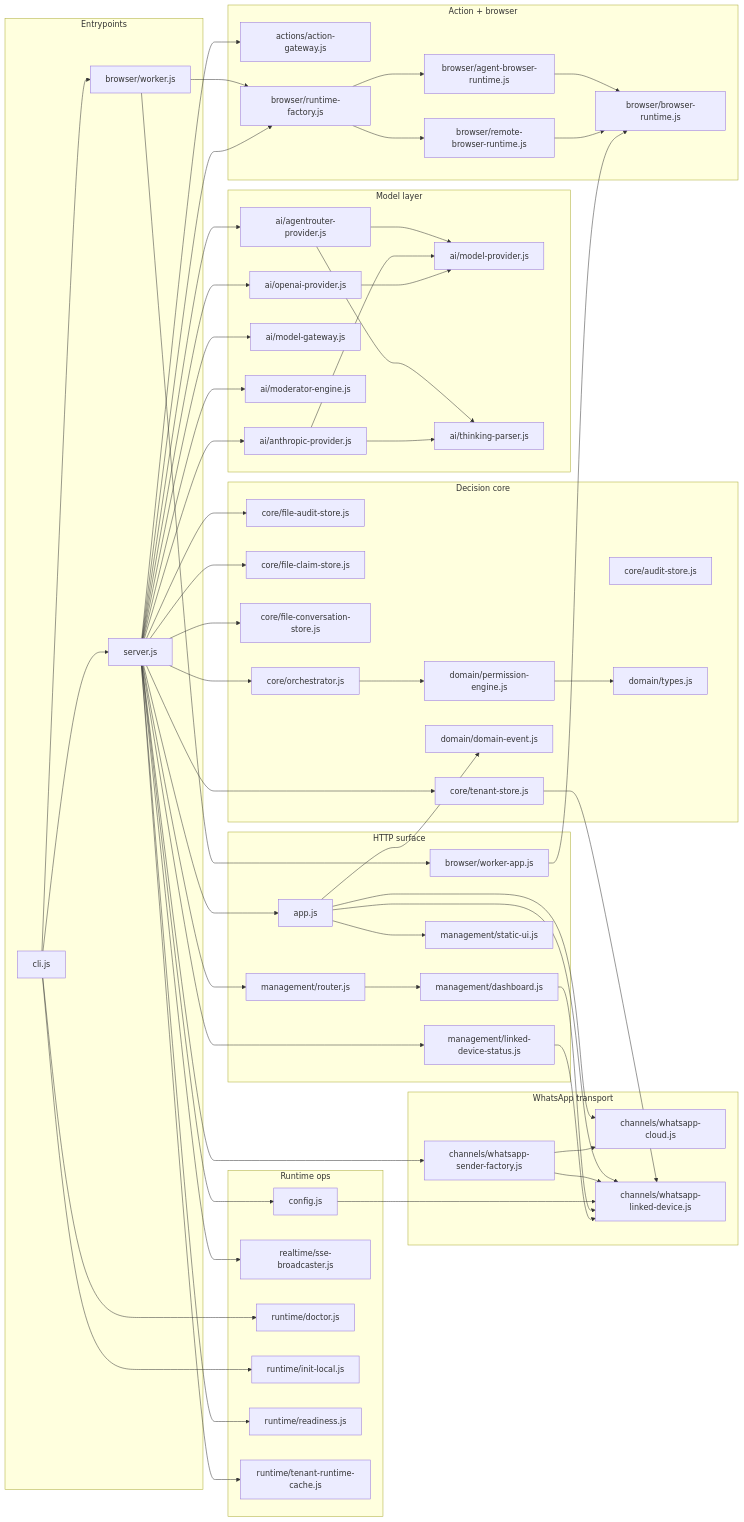
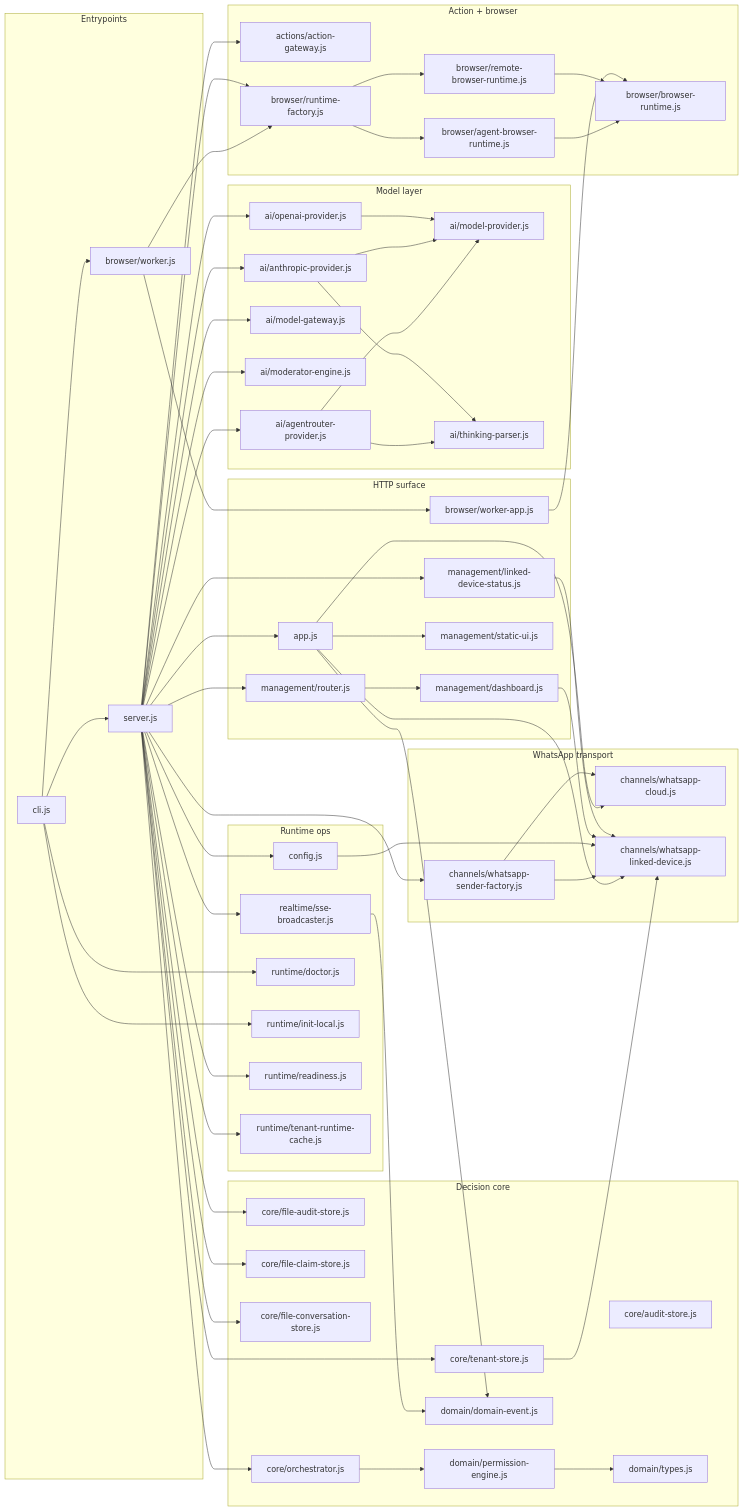
Before and after one commit to imMamdouhaboammar/whatsapp-ai-supervisor: the first of 3 diagrams in docs/CODE_GRAPH.md, drawn with Mermaid. The commit also changed other lines of this file and 8 other files, not shown here.

First line of the commit message:
fix: complete canonical domain event lineage

```diff
--- a/docs/CODE_GRAPH.md
+++ b/docs/CODE_GRAPH.md
@@ -90,6 +90,7 @@
   src_management_dashboard_js --> src_channels_whatsapp_linked_device_js
   src_management_linked_device_status_js --> src_channels_whatsapp_linked_device_js
   src_management_router_js --> src_management_dashboard_js
+  src_realtime_sse_broadcaster_js --> src_domain_domain_event_js
   src_server_js --> src_actions_action_gateway_js
   src_server_js --> src_ai_agentrouter_provider_js
   src_server_js --> src_ai_anthropic_provider_js
```
